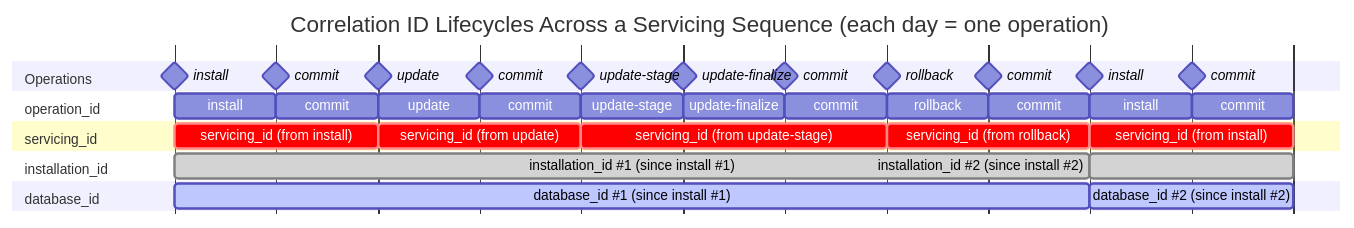
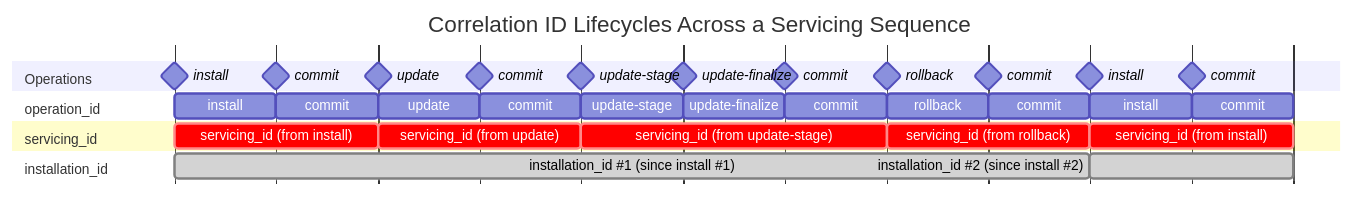
One commit to microsoft/trident changed the diagram in docs/Reference/Telemetry.md. Above: the diagram before and after it, drawn with Mermaid. The commit also changed other lines of this file, not shown here.

First line of the commit message:
docs: restore arch/acl, drop datastore_id, keep only asset_id removal in diagram

````diff
--- a/docs/Reference/Telemetry.md
+++ b/docs/Reference/Telemetry.md
@@ -91,48 +83,44 @@
 ```mermaid
 %%{init: {'gantt': {'displayMode': 'compact', 'leftPadding': 130}}}%%
 gantt
     dateFormat  YYYY-MM-DD
     axisFormat  
-    title Correlation ID Lifecycles Across a Servicing Sequence (each day = one operation)
+    title Correlation ID Lifecycles Across a Servicing Sequence
 
     section Operations
     install            :milestone, m1, 2024-01-01, 0d
     commit             :milestone, m2, 2024-01-02, 0d
     update             :milestone, m3, 2024-01-03, 0d
     commit             :milestone, m4, 2024-01-04, 0d
     update-stage       :milestone, m5, 2024-01-05, 0d
     update-finalize    :milestone, m6, 2024-01-06, 0d
     commit             :milestone, m7, 2024-01-07, 0d
     rollback           :milestone, m8, 2024-01-08, 0d
     commit             :milestone, m9, 2024-01-09, 0d
     install            :milestone, m10, 2024-01-10, 0d
     commit             :milestone, m11, 2024-01-11, 0d
 
     section operation_id
     install         :o1, 2024-01-01, 1d
     commit          :o2, 2024-01-02, 1d
     update          :o3, 2024-01-03, 1d
     commit          :o4, 2024-01-04, 1d
     update-stage    :o5, 2024-01-05, 1d
     update-finalize :o6, 2024-01-06, 1d
     commit          :o7, 2024-01-07, 1d
     rollback        :o8, 2024-01-08, 1d
     commit          :o9, 2024-01-09, 1d
     install         :o10, 2024-01-10, 1d
     commit          :o11, 2024-01-11, 1d
 
     section servicing_id
     servicing_id (from install)           :crit, sid1, 2024-01-01, 2d
     servicing_id (from update)            :crit, sid2, 2024-01-03, 2d
     servicing_id (from update-stage)      :crit, sid3, 2024-01-05, 3d
     servicing_id (from rollback)          :crit, sid4, 2024-01-08, 2d
     servicing_id (from install)           :crit, sid5, 2024-01-10, 2d
 
     section installation_id
     installation_id #1 (since install #1) :done, inst1, 2024-01-01, 9d
     installation_id #2 (since install #2) :done, inst2, 2024-01-10, 2d
-
-    section database_id
-    database_id #1 (since install #1)     :active, db1, 2024-01-01, 9d
-    database_id #2 (since install #2)     :active, db2, 2024-01-10, 2d
 ```
````
